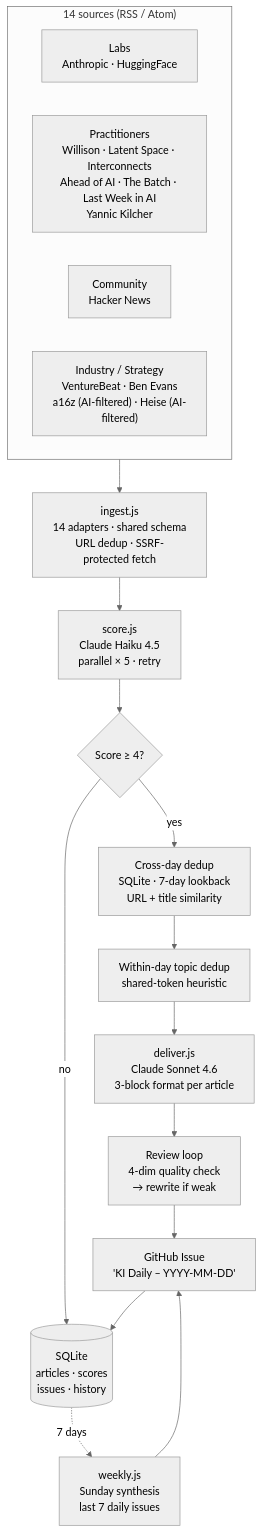
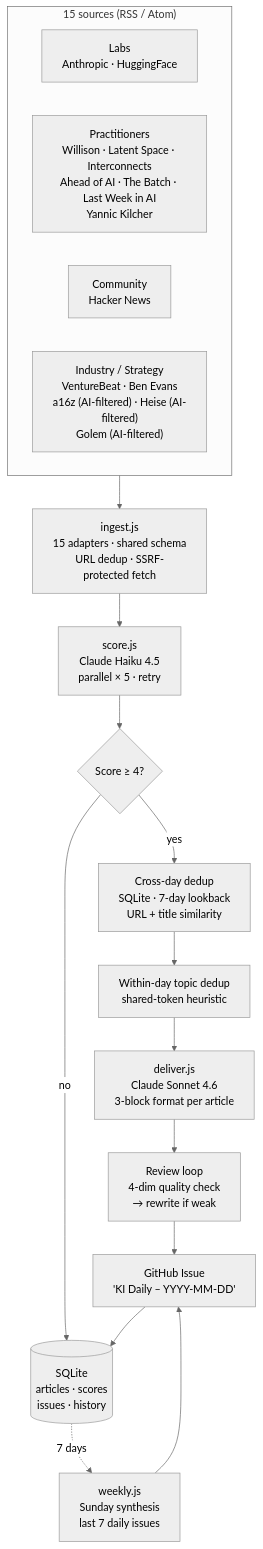
One commit to kronprinzmagma/ki-news-aggregator changed the diagram in README.md. Above: the diagram before and after it, drawn with Mermaid (neutral theme). The commit also changed other lines of this file and 7 other files, not shown here.

````diff
--- a/README.md
+++ b/README.md
@@ -62,26 +62,26 @@
 ```mermaid
 flowchart TD
-    subgraph Sources["14 sources (RSS / Atom)"]
+    subgraph Sources["15 sources (RSS / Atom)"]
         S1["Labs<br/>Anthropic · HuggingFace"]
         S2["Practitioners<br/>Willison · Latent Space · Interconnects<br/>Ahead of AI · The Batch · Last Week in AI<br/>Yannic Kilcher"]
         S3["Community<br/>Hacker News"]
-        S4["Industry / Strategy<br/>VentureBeat · Ben Evans<br/>a16z (AI-filtered) · Heise (AI-filtered)"]
+        S4["Industry / Strategy<br/>VentureBeat · Ben Evans<br/>a16z (AI-filtered) · Heise (AI-filtered)<br/>Golem (AI-filtered)"]
     end
 
-    Ingest["ingest.js<br/>14 adapters · shared schema<br/>URL dedup · SSRF-protected fetch"]
+    Ingest["ingest.js<br/>15 adapters · shared schema<br/>URL dedup · SSRF-protected fetch"]
     Score["score.js<br/>Claude Haiku 4.5<br/>parallel × 5 · retry"]
     Filter{"Score ≥ 4?"}
     XDay["Cross-day dedup<br/>SQLite · 7-day lookback<br/>URL + title similarity"]
     Topic["Within-day topic dedup<br/>shared-token heuristic"]
     Write["deliver.js<br/>Claude Sonnet 4.6<br/>3-block format per article"]
     Review["Review loop<br/>4-dim quality check<br/>→ rewrite if weak"]
     Issue["GitHub Issue<br/>'KI Daily – YYYY-MM-DD'"]
     Store[("SQLite<br/>articles · scores<br/>issues · history")]
     Weekly["weekly.js<br/>Sunday synthesis<br/>last 7 daily issues"]
 
     Sources --> Ingest --> Score --> Filter
     Filter -- yes --> XDay --> Topic --> Write --> Review --> Issue
     Filter -- no --> Store
     Issue --> Store
     Store -.7 days.-> Weekly --> Issue
 ```
````
